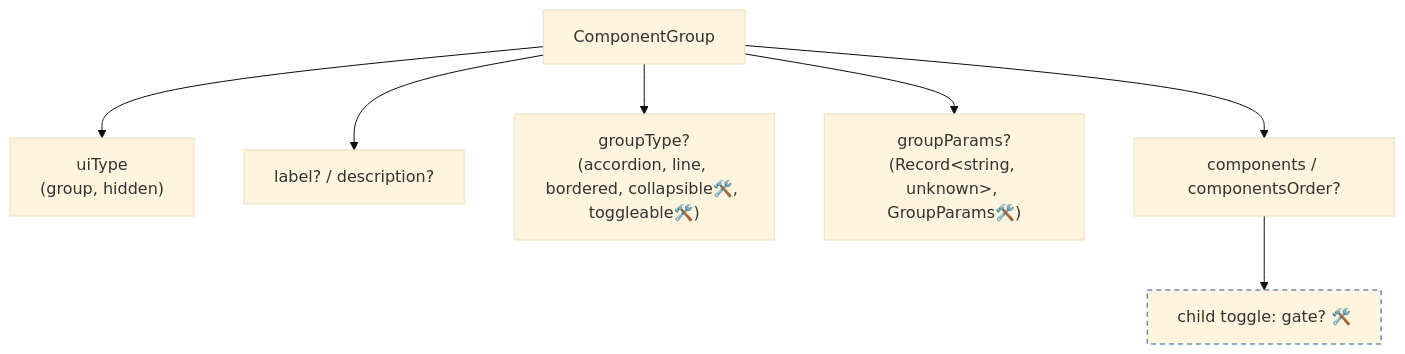
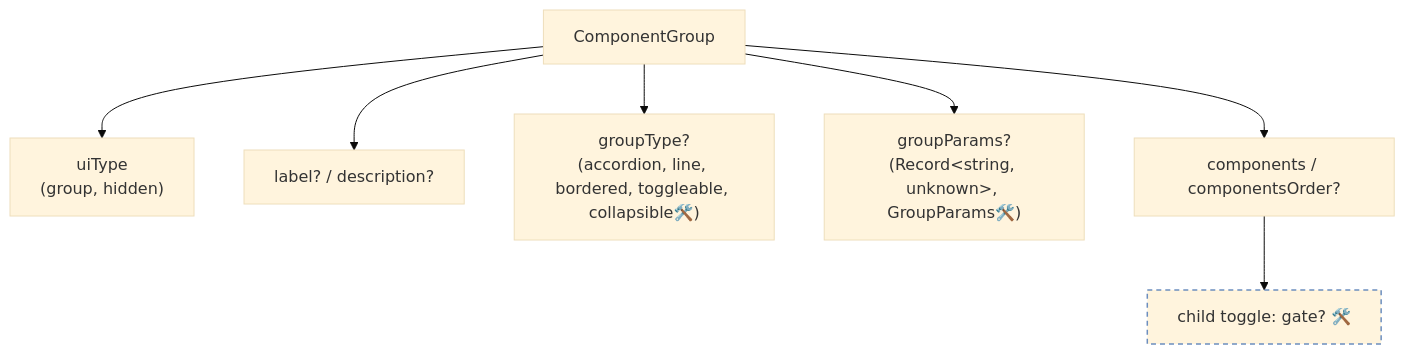
Before and after one commit to openeverest/openeverest: the second of 5 diagrams in docs/ui/architecture/ui-generator/schema-reference.md, drawn with Mermaid (base theme). The commit also changed other lines of this file and 49 other files, not shown here.

Commit message:
feat(ui-generator): add toggleable group (#2087)

````diff
--- a/docs/ui/architecture/ui-generator/schema-reference.md
+++ b/docs/ui/architecture/ui-generator/schema-reference.md
@@ -32,12 +32,12 @@
 ```mermaid
 flowchart TD
   G["ComponentGroup"] --> U["uiType<br/>(group, hidden)"]
   G --> LD["label? / description?"]
-  G --> GT["groupType?<br/>(accordion, line, bordered, collapsible🛠️, toggleable🛠️)"]
+  G --> GT["groupType?<br/>(accordion, line, bordered, toggleable, collapsible🛠️)"]
   G --> GP["groupParams?<br/>(Record&lt;string, unknown&gt;, GroupParams🛠️)"]
   G --> CH["components / componentsOrder?"]
   CH --> GATE["child toggle: gate? 🛠️"]
 
   classDef planned stroke-dasharray:5 4,stroke:#6c8ebf,stroke-width:1.5px;
   class GATE planned;
 ```
````
